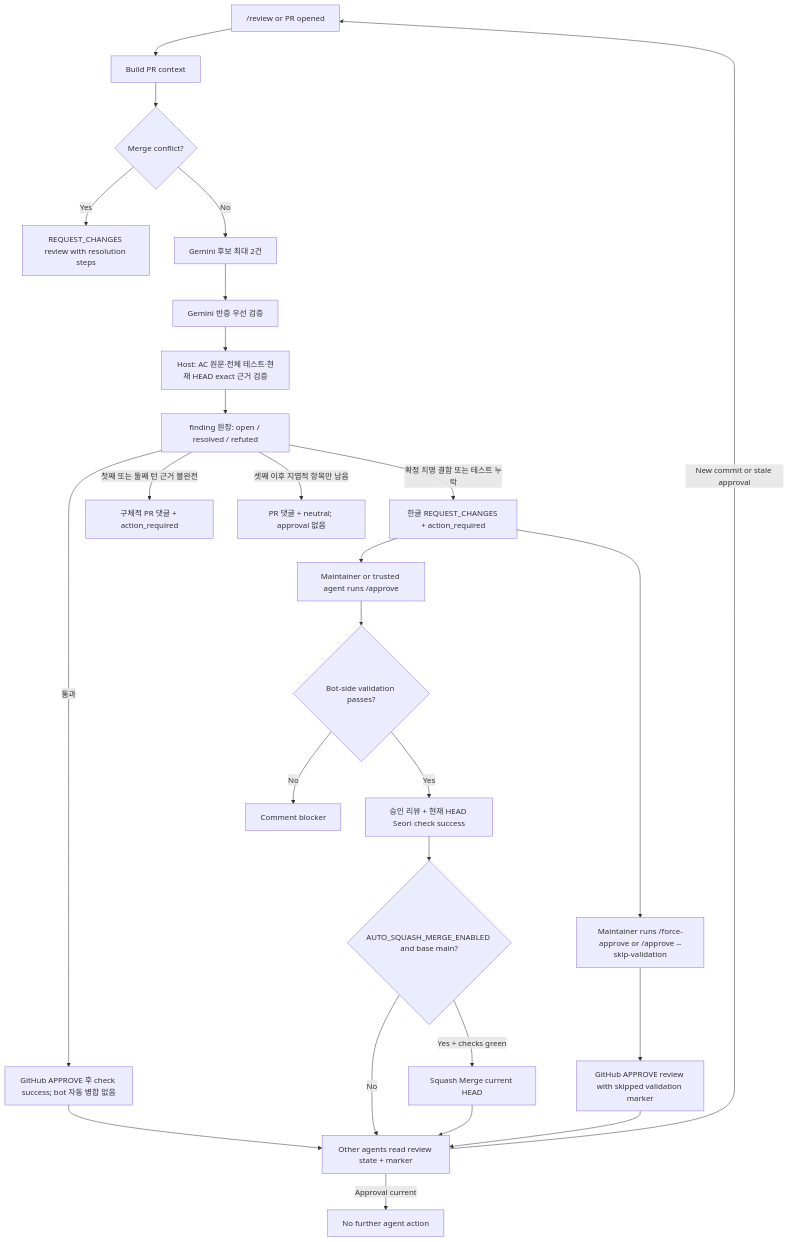
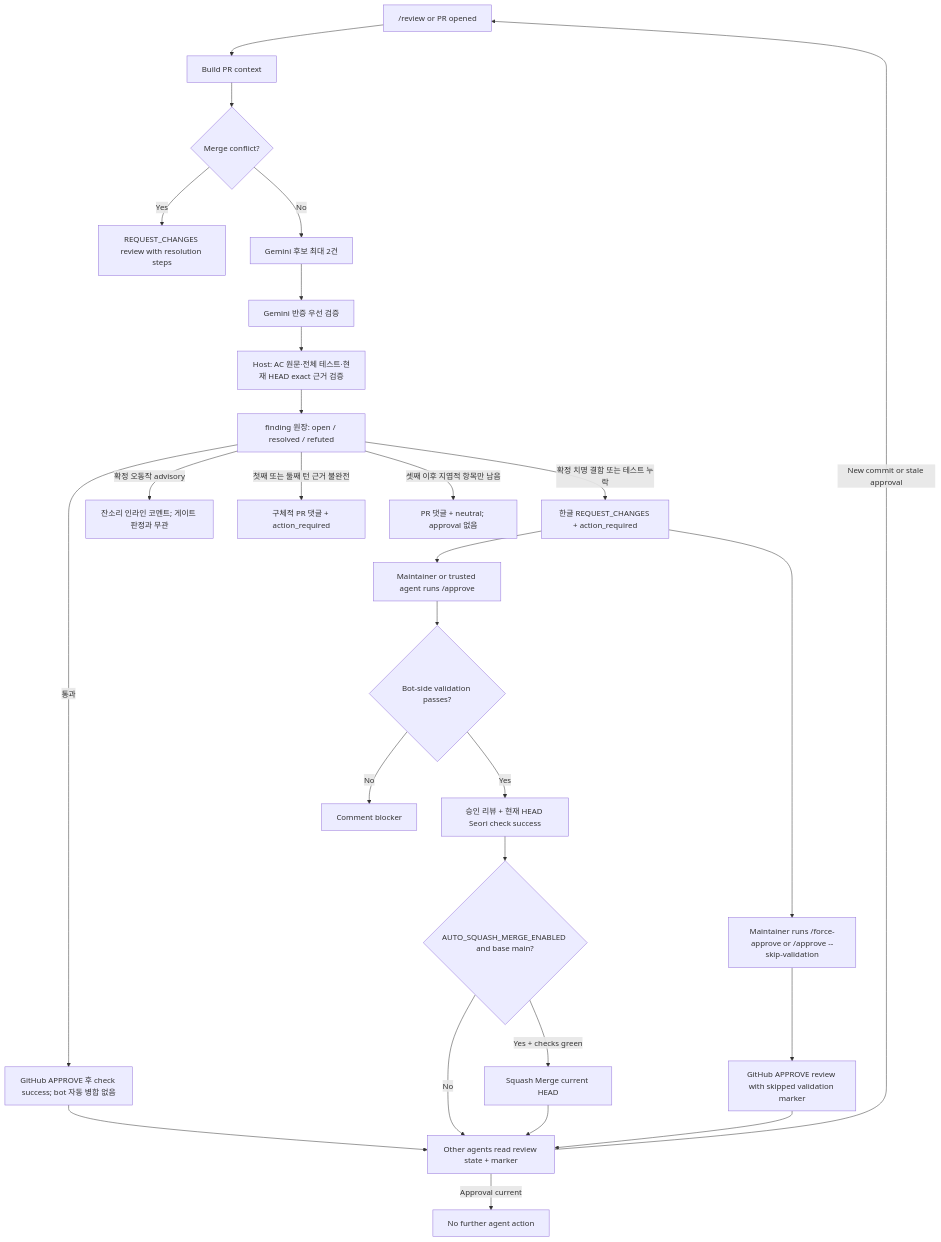
The second of 4 diagrams in README.md (seorilabs/gemini-pr-bot), drawn with Mermaid before and after one commit. The commit also changed other lines of this file and 20 other files, not shown here.

````diff
--- a/README.md
+++ b/README.md
@@ -133,28 +133,29 @@
 ```mermaid
 flowchart TD
   Review["/review or PR opened"] --> Context["Build PR context"]
   Context --> Conflict{"Merge conflict?"}
   Conflict -->|Yes| RequestChanges["REQUEST_CHANGES review with resolution steps"]
   Conflict -->|No| Candidate["Gemini 후보 최대 2건"]
   Candidate --> Verifier["Gemini 반증 우선 검증"]
   Verifier --> Host["Host: AC 원문·전체 테스트·현재 HEAD exact 근거 검증"]
   Host --> Ledger["finding 원장: open / resolved / refuted"]
   Ledger -->|"확정 치명 결함 또는 테스트 누락"| Output["한글 REQUEST_CHANGES + action_required"]
+  Ledger -->|"확정 오동작 advisory"| Jansoree["잔소리 인라인 코멘트; 게이트 판정과 무관"]
   Ledger -->|"첫째 또는 둘째 턴 근거 불완전"| FollowUp["구체적 PR 댓글 + action_required"]
   Ledger -->|"셋째 이후 지엽적 항목만 남음"| Neutral["PR 댓글 + neutral; approval 없음"]
   Ledger -->|통과| GateApproval["GitHub APPROVE 후 check success; bot 자동 병합 없음"]
   Output --> Approve["Maintainer or trusted agent runs /approve"]
   Approve --> Validation{"Bot-side validation passes?"}
   Validation -->|Yes| Approval["승인 리뷰 + 현재 HEAD Seori check success"]
   Validation -->|No| Block["Comment blocker"]
   Output --> ForceApprove["Maintainer runs /force-approve or /approve --skip-validation"]
   ForceApprove --> ForceApproval["GitHub APPROVE review with skipped validation marker"]
   GateApproval --> Agent
   Approval --> AutoMerge{"AUTO_SQUASH_MERGE_ENABLED and base main?"}
   AutoMerge -->|Yes + checks green| Squash["Squash Merge current HEAD"]
   AutoMerge -->|No| Agent
   Squash --> Agent
   ForceApproval --> Agent["Other agents read review state + marker"]
   Agent -->|Approval current| Stop["No further agent action"]
   Agent -->|New commit or stale approval| Review
 ```
````
